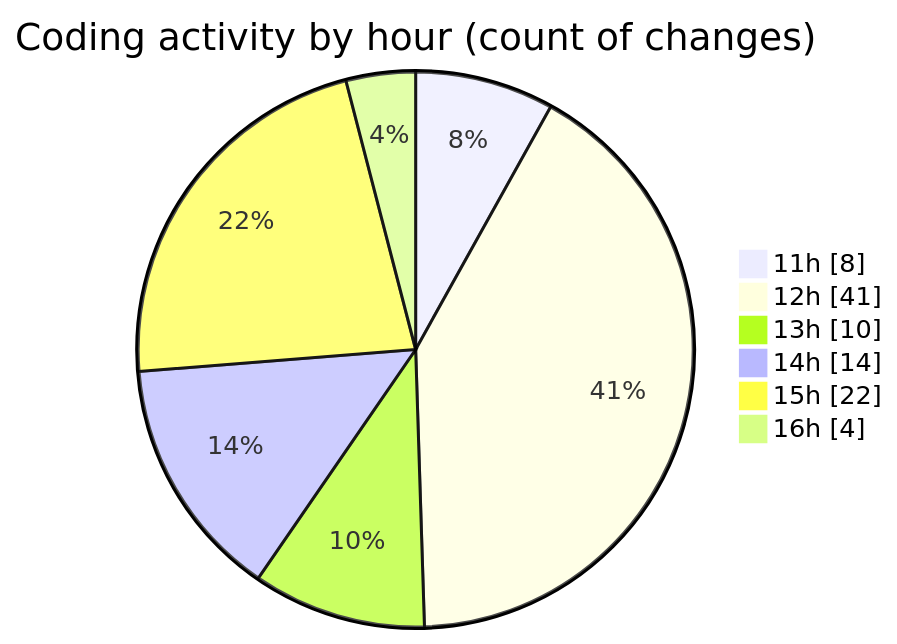
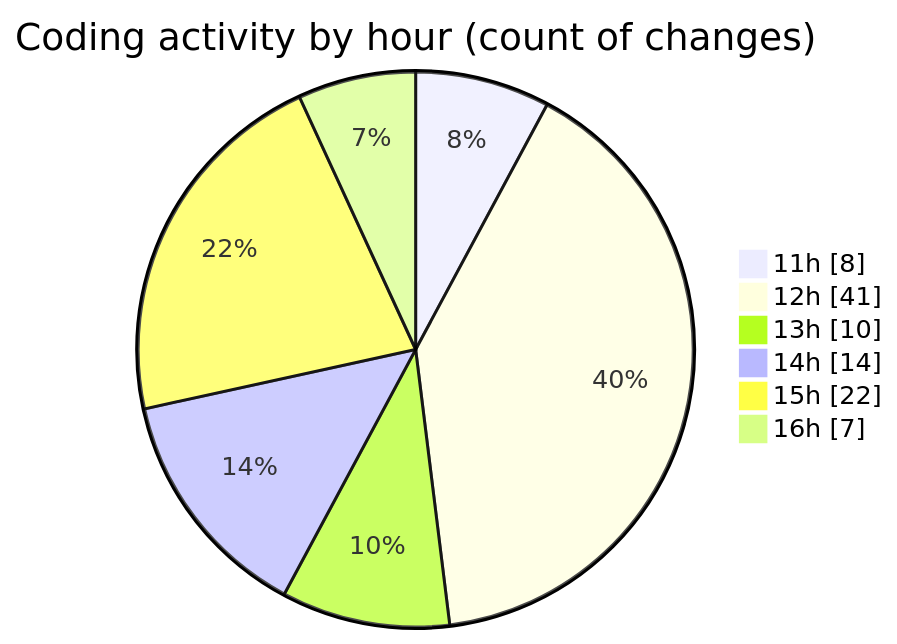
The second of 2 diagrams in 2025-05-04/project/README.md (BS-eng2023/code-tracking), drawn with Mermaid before and after one commit. The commit also changed other lines of this file and 1 other file, not shown here.

````diff
--- a/2025-05-04/project/README.md
+++ b/2025-05-04/project/README.md
@@ -51,10 +51,10 @@
 ```mermaid
 pie showData
 title Coding activity by hour (count of changes)
 "11h" : 8
 "12h" : 41
 "13h" : 10
 "14h" : 14
 "15h" : 22
-"16h" : 4
+"16h" : 7
 ```
````
